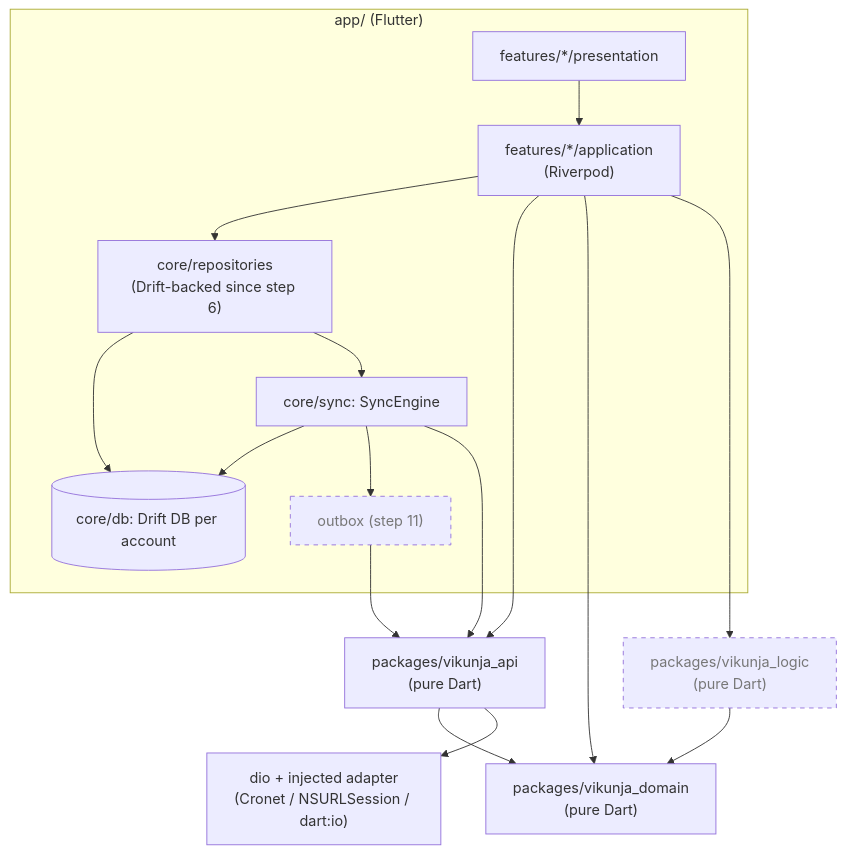
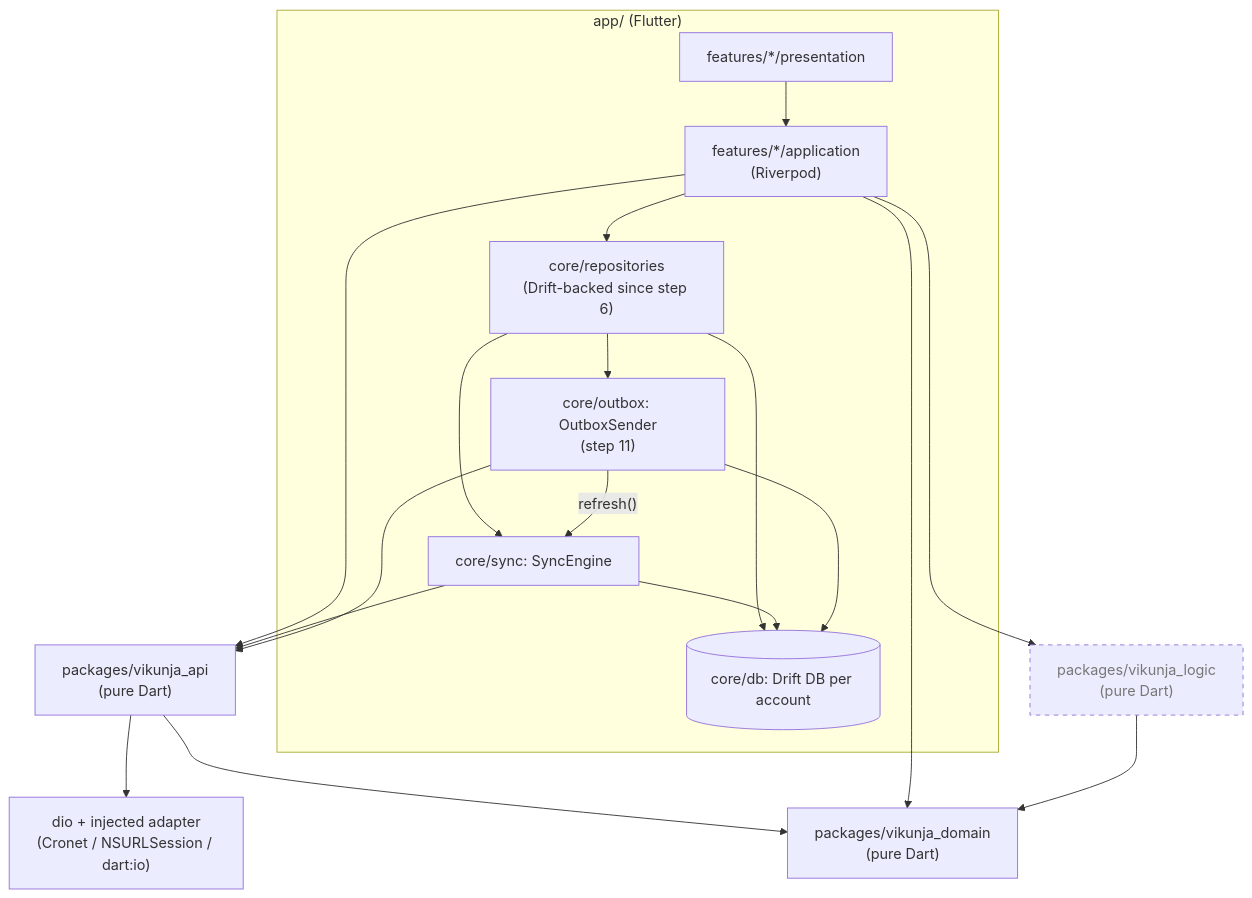
One commit to coderoftime/vikunja-app-ci-test changed the first of 9 diagrams in docs/architecture.md. Above: the diagram before and after it, drawn with Mermaid. The commit also changed other lines of this file and 86 other files, not shown here.

````diff
--- a/docs/architecture.md
+++ b/docs/architecture.md
@@ -46,22 +46,24 @@
 ```mermaid
 flowchart TD
   subgraph APP["app/ (Flutter)"]
     PRES["features/*/presentation"] --> APPL["features/*/application<br/>(Riverpod)"]
     APPL --> REPO["core/repositories<br/>(Drift-backed since step 6)"]
     REPO --> DB[("core/db: Drift DB per account")]
     REPO --> SYNC["core/sync: SyncEngine"]
     SYNC --> DB
-    SYNC --> OUTBOX["outbox (step 11)"]
+    REPO --> OUTBOX["core/outbox: OutboxSender<br/>(step 11)"]
+    OUTBOX --> DB
+    OUTBOX -- "refresh()" --> SYNC
   end
   APPL --> API
   SYNC --> API
   OUTBOX --> API
   API["packages/vikunja_api<br/>(pure Dart)"] --> DOM["packages/vikunja_domain<br/>(pure Dart)"]
   APPL --> DOM
   LOGIC["packages/vikunja_logic<br/>(pure Dart)"] --> DOM
   APPL --> LOGIC
   API --> DIO["dio + injected adapter<br/>(Cronet / NSURLSession / dart:io)"]
 
   classDef planned stroke-dasharray: 5 5,color:#777
-  class OUTBOX,LOGIC planned
+  class LOGIC planned
 ```
````
